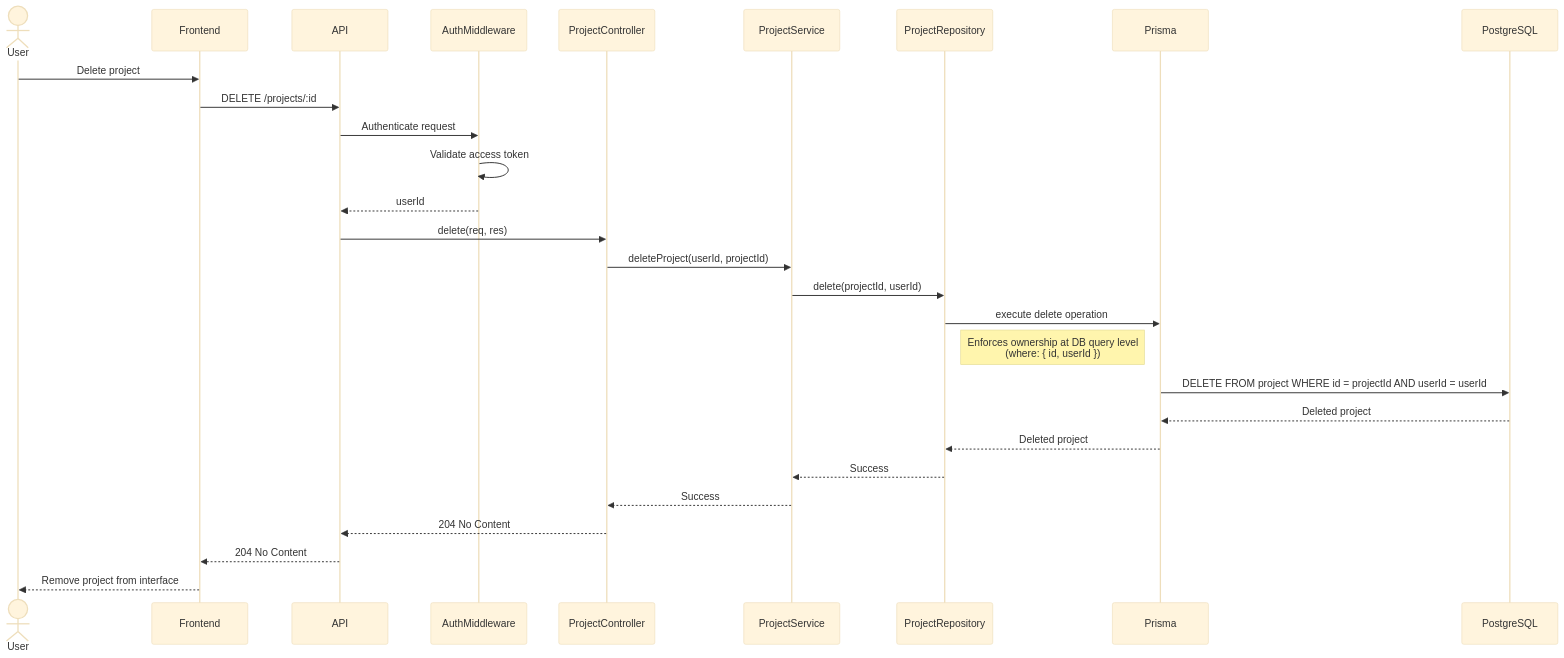
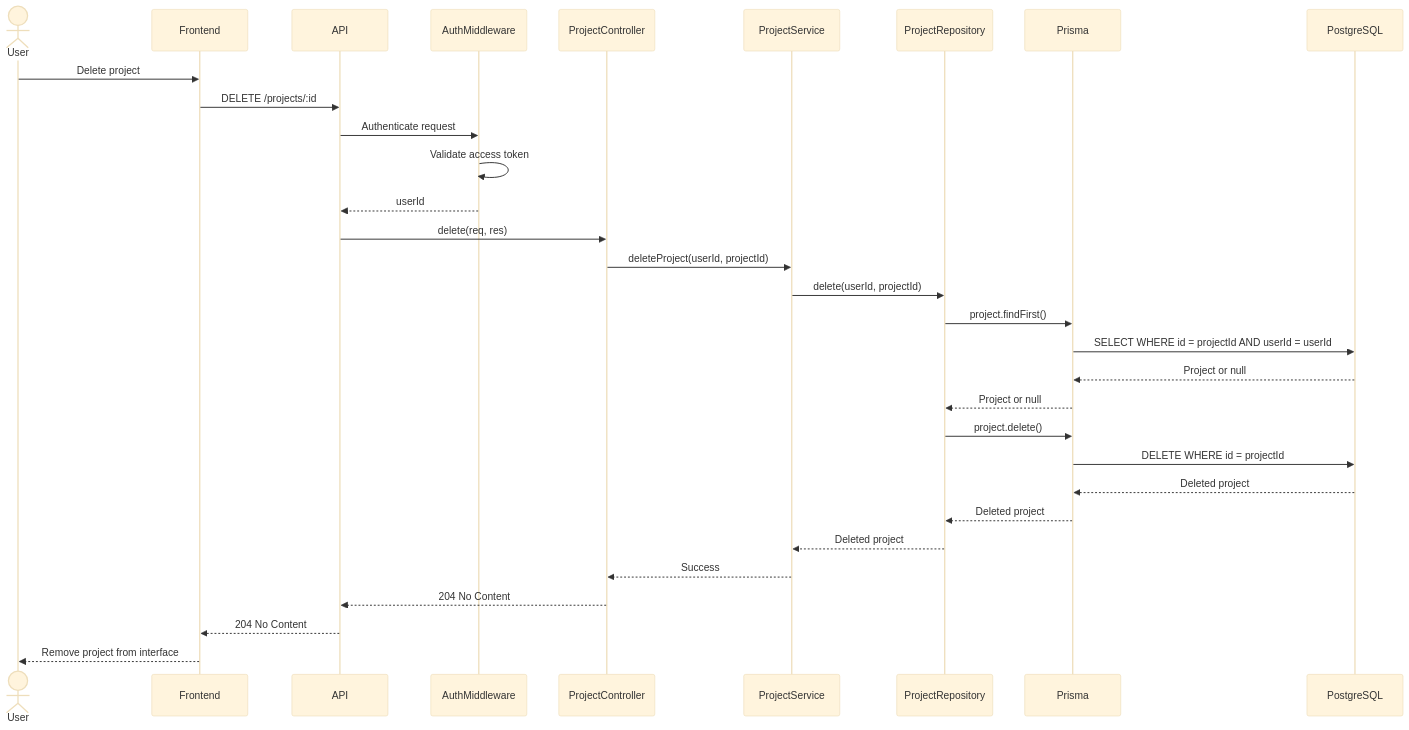
One commit to davihenriquedev1/prodixus changed the diagram in docs/diagrams/sequence-diagrams/project/delete.md. Above: the diagram before and after it, drawn with Mermaid (base theme). The commit also changed 3 other files, not shown here.

Commit message:
docs(project): update project crud sequence diagrams

````diff
--- a/docs/diagrams/sequence-diagrams/project/delete.md
+++ b/docs/diagrams/sequence-diagrams/project/delete.md
@@ -3,38 +3,39 @@
 ```mermaid
 sequenceDiagram
     actor User
-
     participant Frontend
     participant API
     participant AuthMiddleware
     participant ProjectController
     participant ProjectService
     participant ProjectRepository
     participant Prisma
     participant PostgreSQL
 
     User->>Frontend: Delete project
     Frontend->>API: DELETE /projects/:id
-
     API->>AuthMiddleware: Authenticate request
     AuthMiddleware->>AuthMiddleware: Validate access token
     AuthMiddleware-->>API: userId
 
     API->>ProjectController: delete(req, res)
     ProjectController->>ProjectService: deleteProject(userId, projectId)
-    ProjectService->>ProjectRepository: delete(projectId, userId)
+    ProjectService->>ProjectRepository: delete(userId, projectId)
 
-    ProjectRepository->>Prisma: execute delete operation
-    Note right of ProjectRepository: Enforces ownership at DB query level<br>(where: { id, userId })
+    ProjectRepository->>Prisma: project.findFirst()
+    Prisma->>PostgreSQL: SELECT WHERE id = projectId AND userId = userId
+    PostgreSQL-->>Prisma: Project or null
+    Prisma-->>ProjectRepository: Project or null
 
-    Prisma->>PostgreSQL: DELETE FROM project WHERE id = projectId AND userId = userId
+    ProjectRepository->>Prisma: project.delete()
+    Prisma->>PostgreSQL: DELETE WHERE id = projectId
     PostgreSQL-->>Prisma: Deleted project
     Prisma-->>ProjectRepository: Deleted project
 
-    ProjectRepository-->>ProjectService: Success
+    ProjectRepository-->>ProjectService: Deleted project
     ProjectService-->>ProjectController: Success
-
     ProjectController-->>API: 204 No Content
     API-->>Frontend: 204 No Content
     Frontend-->>User: Remove project from interface
+
 ```
````
